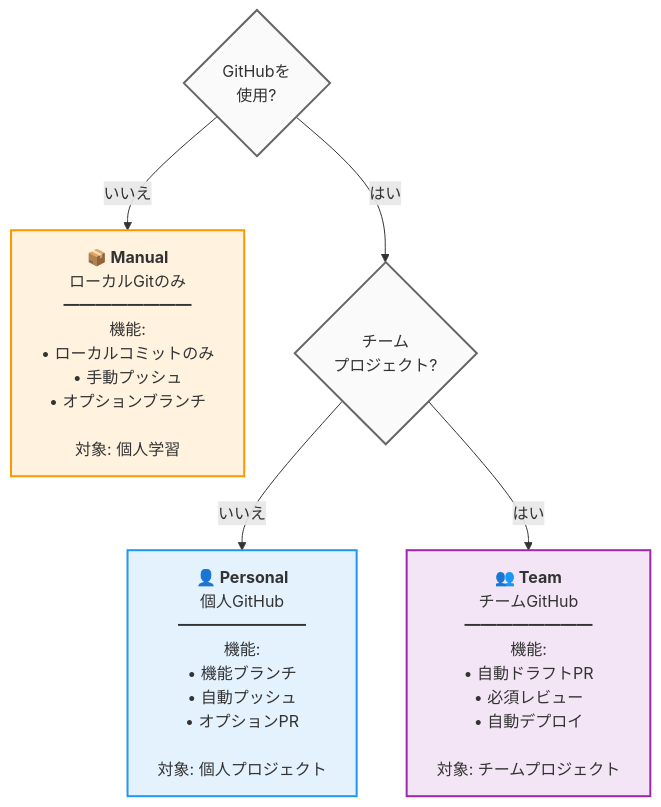
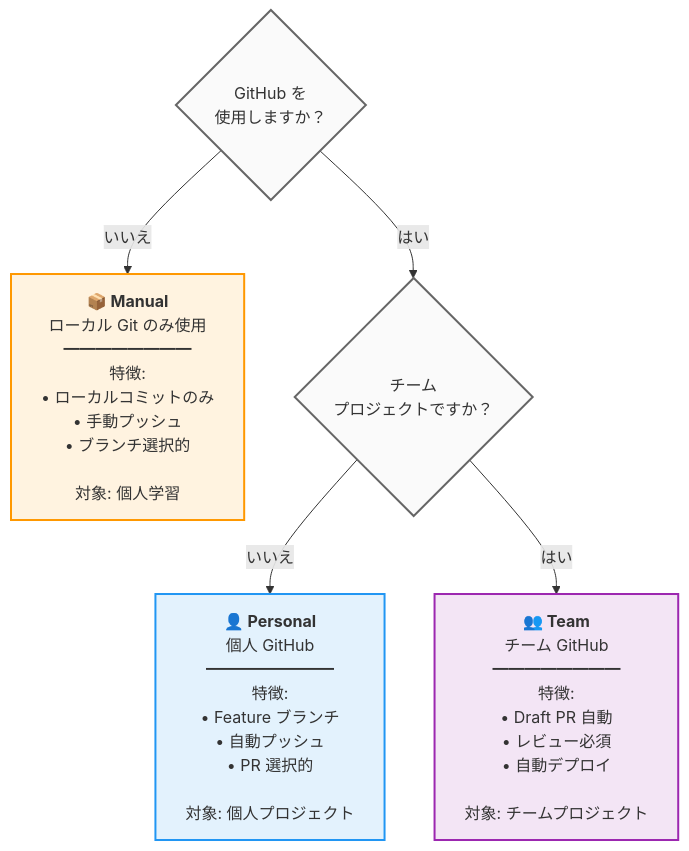
One commit to modu-ai/moai-adk changed the fifth of 5 diagrams in README.ja.md. Above: the diagram before and after it, drawn with Mermaid. The commit also changed other lines of this file and 20 other files, not shown here.

````diff
--- a/README.ja.md
+++ b/README.ja.md
@@ -1658,22 +2069,22 @@
 ```mermaid
 flowchart TD
-    Q1{"GitHubを<br/>使用?"}
+    Q1{"GitHub を<br/>使用しますか？"}
 
-    Q1 -->|いいえ| Manual["<b>📦 Manual</b><br/>ローカルGitのみ<br/>━━━━━━━━<br/>機能:<br/>• ローカルコミットのみ<br/>• 手動プッシュ<br/>• オプションブランチ<br/><br/>対象: 個人学習"]
+    Q1 -->|いいえ| Manual["<b>📦 Manual</b><br/>ローカル Git のみ使用<br/>━━━━━━━━<br/>特徴:<br/>• ローカルコミットのみ<br/>• 手動プッシュ<br/>• ブランチ選択的<br/><br/>対象: 個人学習"]
 
-    Q1 -->|はい| Q2{"チーム<br/>プロジェクト?"}
+    Q1 -->|はい| Q2{"チーム<br/>プロジェクトですか？"}
 
-    Q2 -->|いいえ| Personal["<b>👤 Personal</b><br/>個人GitHub<br/>━━━━━━━━<br/>機能:<br/>• 機能ブランチ<br/>• 自動プッシュ<br/>• オプションPR<br/><br/>対象: 個人プロジェクト"]
+    Q2 -->|いいえ| Personal["<b>👤 Personal</b><br/>個人 GitHub<br/>━━━━━━━━<br/>特徴:<br/>• Feature ブランチ<br/>• 自動プッシュ<br/>• PR 選択的<br/><br/>対象: 個人プロジェクト"]
 
-    Q2 -->|はい| Team["<b>👥 Team</b><br/>チームGitHub<br/>━━━━━━━━<br/>機能:<br/>• 自動ドラフトPR<br/>• 必須レビュー<br/>• 自動デプロイ<br/><br/>対象: チームプロジェクト"]
+    Q2 -->|はい| Team["<b>👥 Team</b><br/>チーム GitHub<br/>━━━━━━━━<br/>特徴:<br/>• Draft PR 自動<br/>• レビュー必須<br/>• 自動デプロイ<br/><br/>対象: チームプロジェクト"]
 
     classDef manual fill:#fff3e0,stroke:#ff9800,stroke-width:2px
     classDef personal fill:#e3f2fd,stroke:#2196f3,stroke-width:2px
     classDef team fill:#f3e5f5,stroke:#9c27b0,stroke-width:2px
     classDef question fill:#fafafa,stroke:#666,stroke-width:2px
 
     class Manual manual
     class Personal personal
     class Team team
     class Q1,Q2 question
 ```
````
